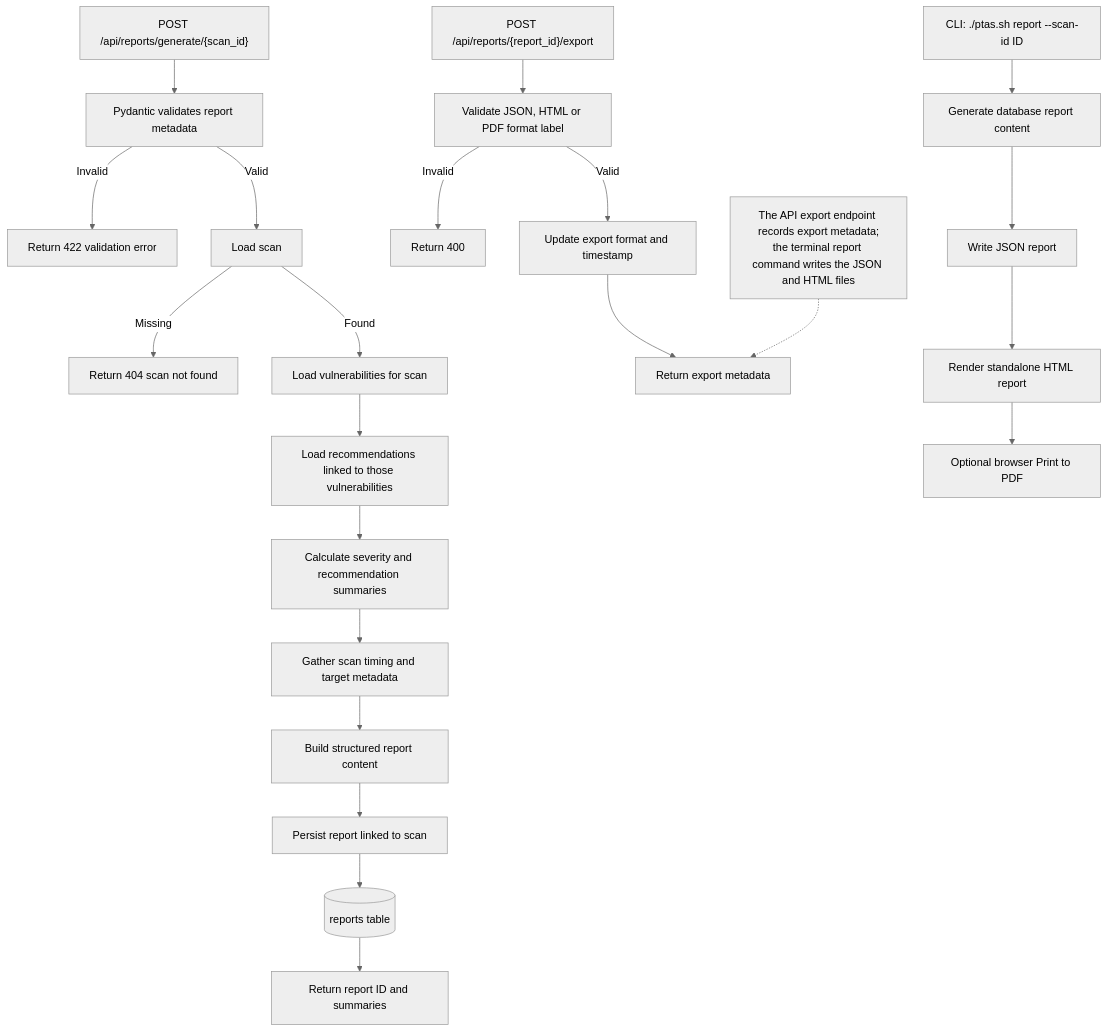
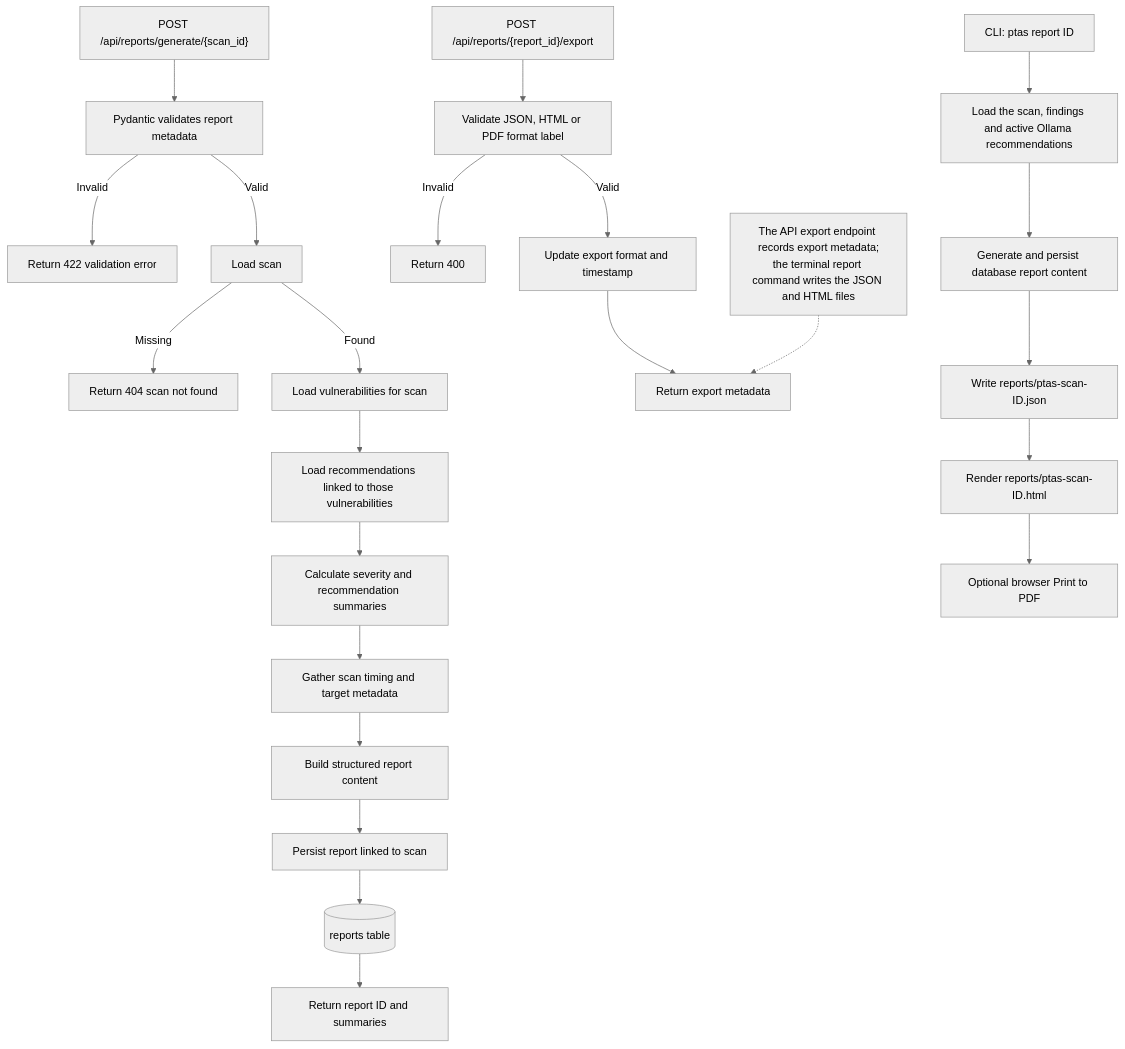
One commit to ChiragMenariyaCJ/AI-Powered-Penetration-Testing-Assist-System changed the diagram in System Architecture Flow Charts/03_API_Flows/Report_Generation_API.mmd. Above: the diagram before and after it, drawn with Mermaid (neutral theme). The commit also changed 4 other files, not shown here.

Commit message:
Refactor system architecture diagrams for improved clarity and detail; update recommendation logic and reporting processes

```diff
--- a/System Architecture Flow Charts/03_API_Flows/Report_Generation_API.mmd
+++ b/System Architecture Flow Charts/03_API_Flows/Report_Generation_API.mmd
@@ -1,26 +1,27 @@
 flowchart TD
     A["POST /api/reports/generate/{scan_id}"] --> B[Pydantic validates report metadata]
     B -->|Invalid| C[Return 422 validation error]
     B -->|Valid| D[Load scan]
     D -->|Missing| E[Return 404 scan not found]
     D -->|Found| F[Load vulnerabilities for scan]
     F --> G[Load recommendations linked to those vulnerabilities]
     G --> H[Calculate severity and recommendation summaries]
     H --> I[Gather scan timing and target metadata]
     I --> J[Build structured report content]
     J --> K[Persist report linked to scan]
     K --> L[(reports table)]
     L --> M[Return report ID and summaries]
 
     N["POST /api/reports/{report_id}/export"] --> O[Validate JSON, HTML or PDF format label]
     O -->|Invalid| P[Return 400]
     O -->|Valid| Q[Update export format and timestamp]
     Q --> R[Return export metadata]
 
-    S[CLI: ./ptas.sh report --scan-id ID] --> T[Generate database report content]
-    T --> U[Write JSON report]
-    U --> V[Render standalone HTML report]
-    V --> W[Optional browser Print to PDF]
+    S[CLI: ptas report ID] --> T[Load the scan, findings and active Ollama recommendations]
+    T --> U[Generate and persist database report content]
+    U --> V[Write reports/ptas-scan-ID.json]
+    V --> W[Render reports/ptas-scan-ID.html]
+    W --> X[Optional browser Print to PDF]
 
     NOTE[The API export endpoint records export metadata;<br/>the terminal report command writes the JSON and HTML files]
     NOTE -.-> R
```
